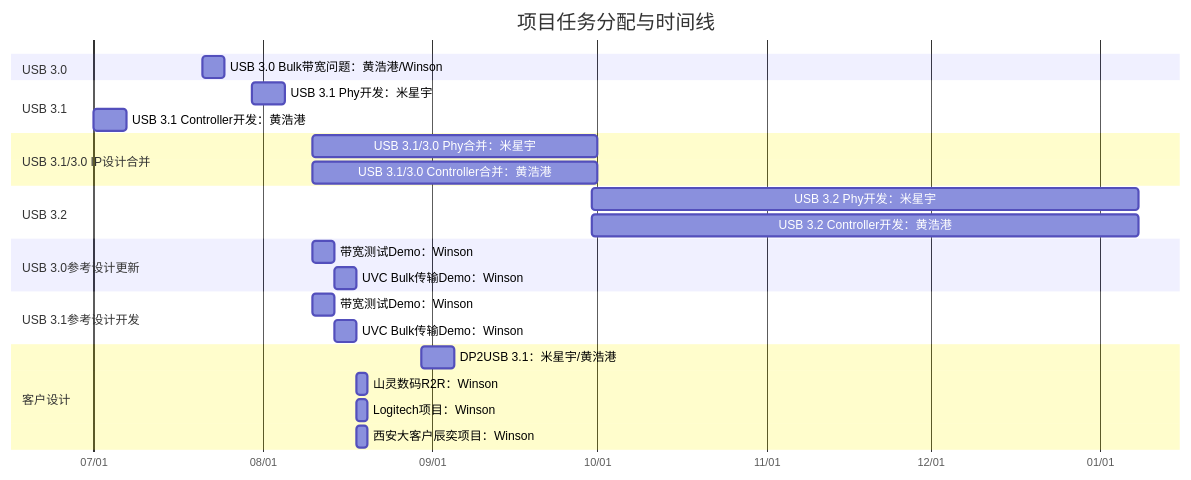
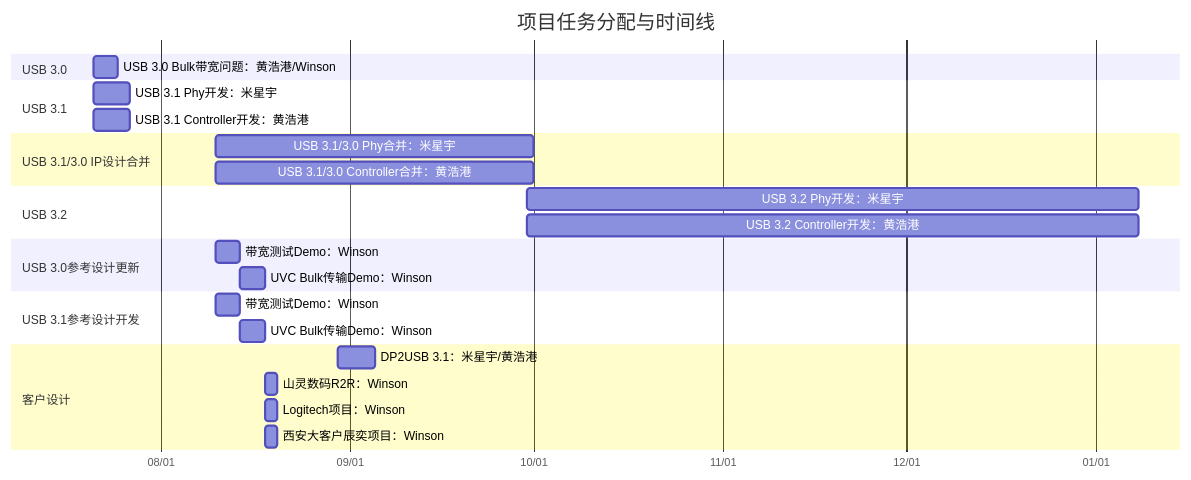
Before and after one commit to winsonbook/iodraw-files: the diagram in all/未命名.md, drawn with Mermaid.

Commit message:
2025-07-21 10:09:52 update

````diff
--- a/all/未命名.md
+++ b/all/未命名.md
@@ -1,35 +1,35 @@
 ```mermaid
 gantt
     title 项目任务分配与时间线
     dateFormat  YYYY-MM-DD
     axisFormat  %m/%d
 
     section USB 3.0
     USB 3.0 Bulk带宽问题：黄浩港/Winson   :    task1, 2025-07-21, 4d
 
     section USB 3.1
-    USB 3.1 Phy开发：米星宇      :         task2, 2025-07-30, 6d
-    USB 3.1 Controller开发：黄浩港      :  task3, 2025-07-01, 6d
+    USB 3.1 Phy开发：米星宇      :         task2, 2025-07-21, 6d
+    USB 3.1 Controller开发：黄浩港      :  task3, 2025-07-21, 6d
 
     section USB 3.1/3.0 IP设计合并
     USB 3.1/3.0 Phy合并：米星宇       :    task4, 2025-08-10, 52d
     USB 3.1/3.0 Controller合并：黄浩港:    task5, 2025-08-10, 52d
 
     section USB 3.2
     USB 3.2 Phy开发：米星宇      :         task2, 2025-09-30, 100d
     USB 3.2 Controller开发：黄浩港      :  task3, 2025-09-30, 100d
 
     section USB 3.0参考设计更新
     带宽测试Demo：Winson       :         task6, 2025-08-10, 4d
     UVC Bulk传输Demo：Winson   :        task7, 2025-08-14, 4d
 
     section USB 3.1参考设计开发
     带宽测试Demo：Winson       :         task8, 2025-08-10, 4d
     UVC Bulk传输Demo：Winson   :         task9, 2025-08-14, 4d
 
     section 客户设计
     DP2USB 3.1：米星宇/黄浩港      :task10, 2025-08-30, 6d
     山灵数码R2R：Winson :             task11, 2025-08-18, 2d
     Logitech项目：Winson :            task12, 2025-08-18, 2d
     西安大客户辰奕项目：Winson :       task13, 2025-08-18, 2d
 ```
````
